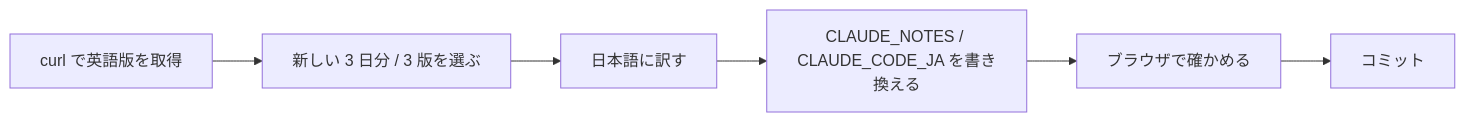
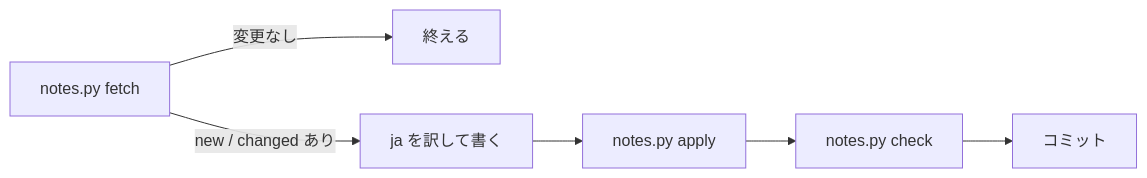
The diagram in .claude/skills/update-release-notes/SKILL.md (ytani01/jp-long-typing), drawn with Mermaid before and after one commit. The commit also changed other lines of this file and 8 other files, not shown here.

````diff
--- a/.claude/skills/update-release-notes/SKILL.md
+++ b/.claude/skills/update-release-notes/SKILL.md
@@ -21,4 +21,5 @@
 ```mermaid
 flowchart LR
-  A[curl で英語版を取得] --> B[新しい 3 日分 / 3 版を選ぶ] --> C[日本語に訳す] --> D[CLAUDE_NOTES / CLAUDE_CODE_JA を書き換える] --> E[ブラウザで確かめる] --> F[コミット]
+  A[notes.py fetch] -->|変更なし| Z[終える]
+  A -->|new / changed あり| C[ja を訳して書く] --> D[notes.py apply] --> E[notes.py check] --> F[コミット]
 ```
````
